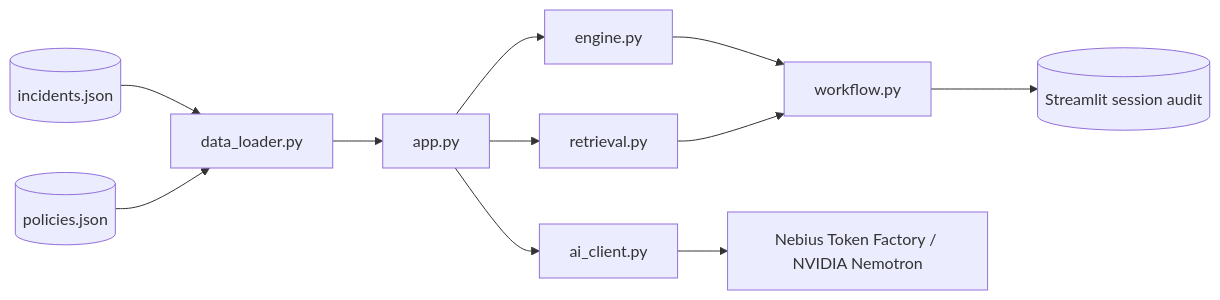
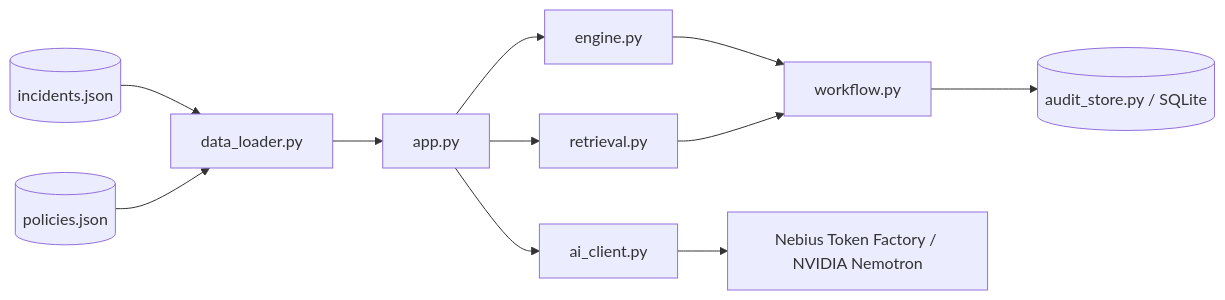
Before and after one commit to Kush760/GuardBee: the diagram in docs/ARCHITECTURE.md, drawn with Mermaid. The commit also changed other lines of this file and 108 other files, not shown here.

````diff
--- a/docs/ARCHITECTURE.md
+++ b/docs/ARCHITECTURE.md
@@ -5,13 +5,13 @@
 ```mermaid
 flowchart LR
   I[(incidents.json)] --> D[data_loader.py]
   P[(policies.json)] --> D
   D --> A[app.py]
   A --> E[engine.py]
   A --> R[retrieval.py]
   E --> W[workflow.py]
   R --> W
   A --> C[ai_client.py]
   C --> N[Nebius Token Factory / NVIDIA Nemotron]
-  W --> S[(Streamlit session audit)]
+  W --> S[(audit_store.py / SQLite)]
 ```
````
